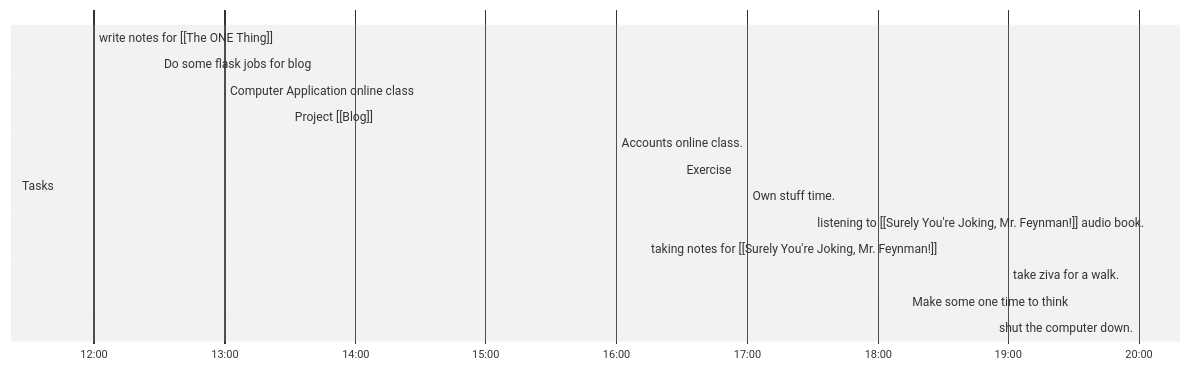
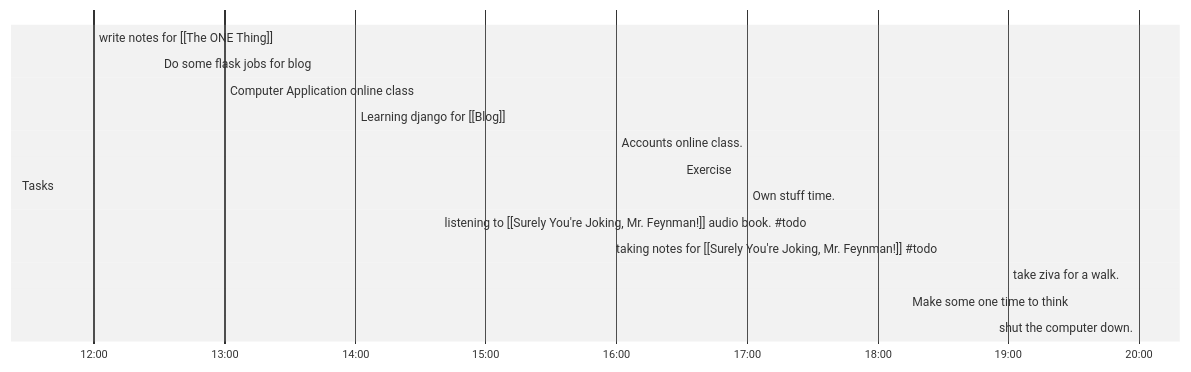
Before and after one commit to terminal-guy/Notes: the diagram in Day Planners/Day Planner-20210629.md, drawn with Mermaid (neutral theme). The commit also changed other lines of this file and 2 other files, not shown here.

````diff
--- a/Day Planners/Day Planner-20210629.md
+++ b/Day Planners/Day Planner-20210629.md
@@ -2,21 +2,21 @@
 ```mermaid
 gantt
     dateFormat  HH-mm
     axisFormat %H:%M
-    %% Current Time: 12:20:22 PM
+    %% Current Time: 2:03:44 PM
     section Tasks
     write notes for [[The ONE Thing]]     :12-00, 30mm
     Do some flask jobs for blog     :12-30, 30mm
-    Computer Application online class     :13-00, 30mm
-    Project [[Blog]]     :13-30, 150mm
+    Computer Application online class     :13-00, 60mm
+    Learning django for [[Blog]]     :14-00, 120mm
     Accounts online class.     :16-00, 30mm
     Exercise     :16-30, 30mm
     Own stuff time.     :17-00, 30mm
-    listening to [[Surely You're Joking, Mr. Feynman!]] audio book.     :17-30, 60mm
-    taking notes for [[Surely You're Joking, Mr. Feynman!]]     :18-30, 30mm
+    listening to [[Surely You're Joking, Mr. Feynman!]] audio book. #35;todo     :17-30, 60mm
+    taking notes for [[Surely You're Joking, Mr. Feynman!]] #35;todo     :18-30, 30mm
     take ziva for a walk.     :19-00, 30mm
     Make some one time to think     :19-30, 30mm
     shut the computer down.     :20-00, 0mm
     section Breaks
 
 ```
````
